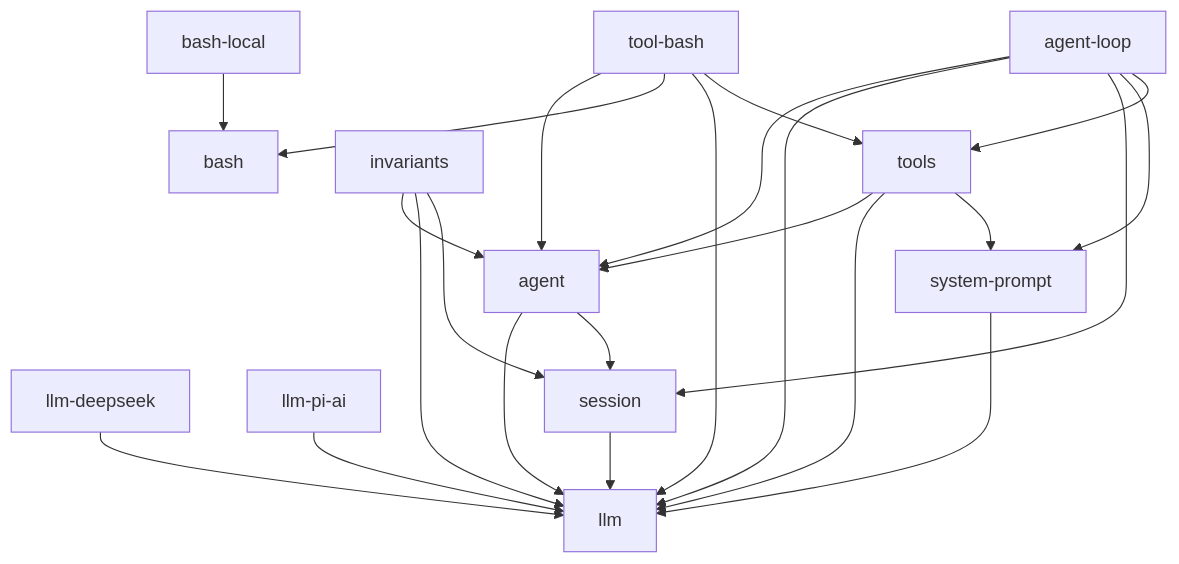
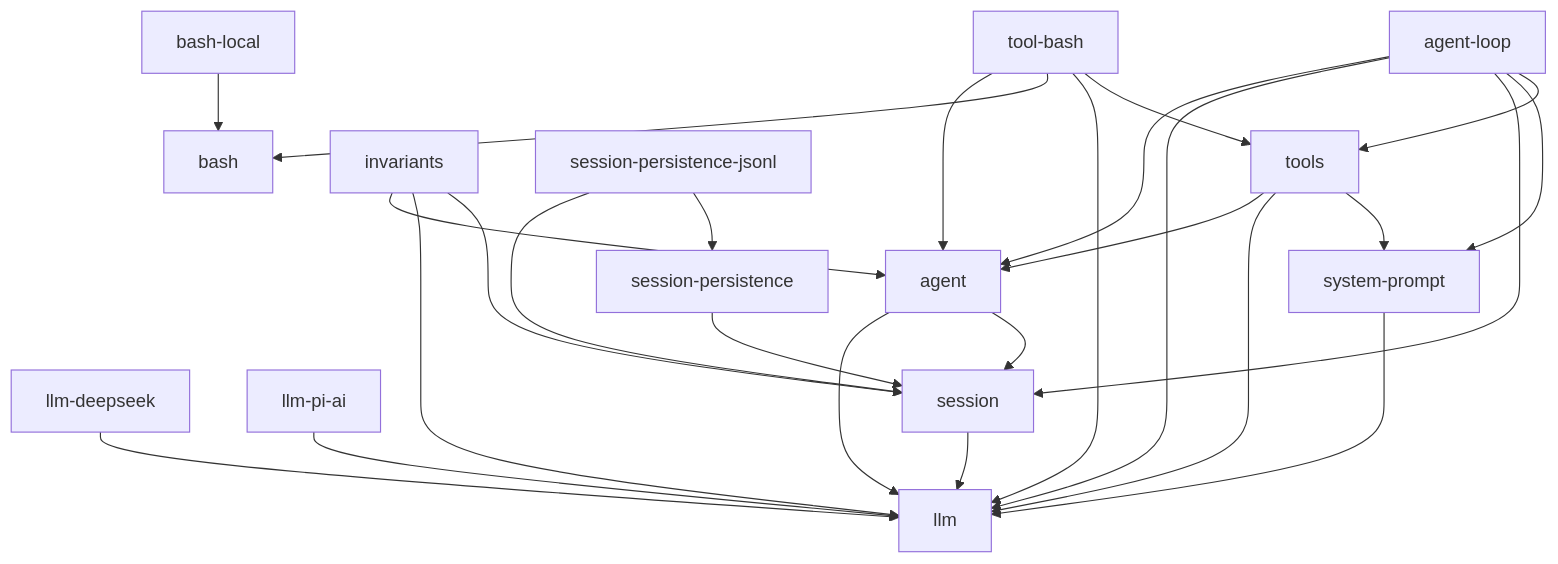
The diagram in docs/module-graph.md (eru123/coco-harness), drawn with Mermaid before and after one commit. The commit also changed other lines of this file and 39 other files, not shown here.

First line of the commit message:
Merge pull request #33 from deepseek-ai/split/session-persistence

````diff
--- a/docs/module-graph.md
+++ b/docs/module-graph.md
@@ -8,25 +8,28 @@
 ```mermaid
 graph TD
   bash-local --> bash
   llm-deepseek --> llm
   llm-pi-ai --> llm
   session --> llm
   system-prompt --> llm
   agent --> llm
   agent --> session
+  session-persistence --> session
   invariants --> agent
   invariants --> llm
   invariants --> session
+  session-persistence-jsonl --> session
+  session-persistence-jsonl --> session-persistence
   tools --> agent
   tools --> llm
   tools --> system-prompt
   agent-loop --> agent
   agent-loop --> llm
   agent-loop --> session
   agent-loop --> system-prompt
   agent-loop --> tools
   tool-bash --> agent
   tool-bash --> bash
   tool-bash --> llm
   tool-bash --> tools
 ```
````
